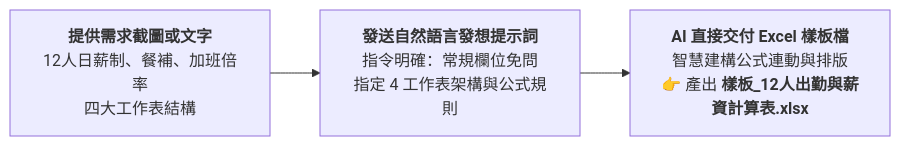
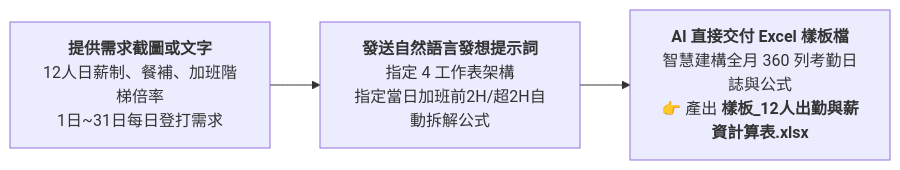
Before and after one commit to roberthsu2003/workflow-productivity: the diagram in 常見的AI應用/實戰範例/薪資計算表/13-1_白話自然語言發想提示詞.md, drawn with Mermaid. The commit also changed other lines of this file and 6 other files, not shown here.

````diff
--- a/常見的AI應用/實戰範例/薪資計算表/13-1_白話自然語言發想提示詞.md
+++ b/常見的AI應用/實戰範例/薪資計算表/13-1_白話自然語言發想提示詞.md
@@ -10,5 +10,5 @@
 ```mermaid
 flowchart LR
-    StepA["<b>提供需求截圖或文字</b><br/>12人日薪制、餐補、加班倍率<br/>四大工作表結構"] --> StepB["<b>發送自然語言發想提示詞</b><br/>指令明確：常規欄位免問<br/>指定 4 工作表架構與公式規則"]
-    StepB --> StepC["<b>AI 直接交付 Excel 樣板檔</b><br/>智慧建構公式連動與排版<br/>👉 產出 <b>樣板_12人出勤與薪資計算表.xlsx</b>"]
+    StepA["<b>提供需求截圖或文字</b><br/>12人日薪制、餐補、加班階梯倍率<br/>1日~31日每日登打需求"] --> StepB["<b>發送自然語言發想提示詞</b><br/>指定 4 工作表架構<br/>指定當日加班前2H/超2H自動拆解公式"]
+    StepB --> StepC["<b>AI 直接交付 Excel 樣板檔</b><br/>智慧建構全月 360 列考勤日誌與公式<br/>👉 產出 <b>樣板_12人出勤與薪資計算表.xlsx</b>"]
 ```
````
